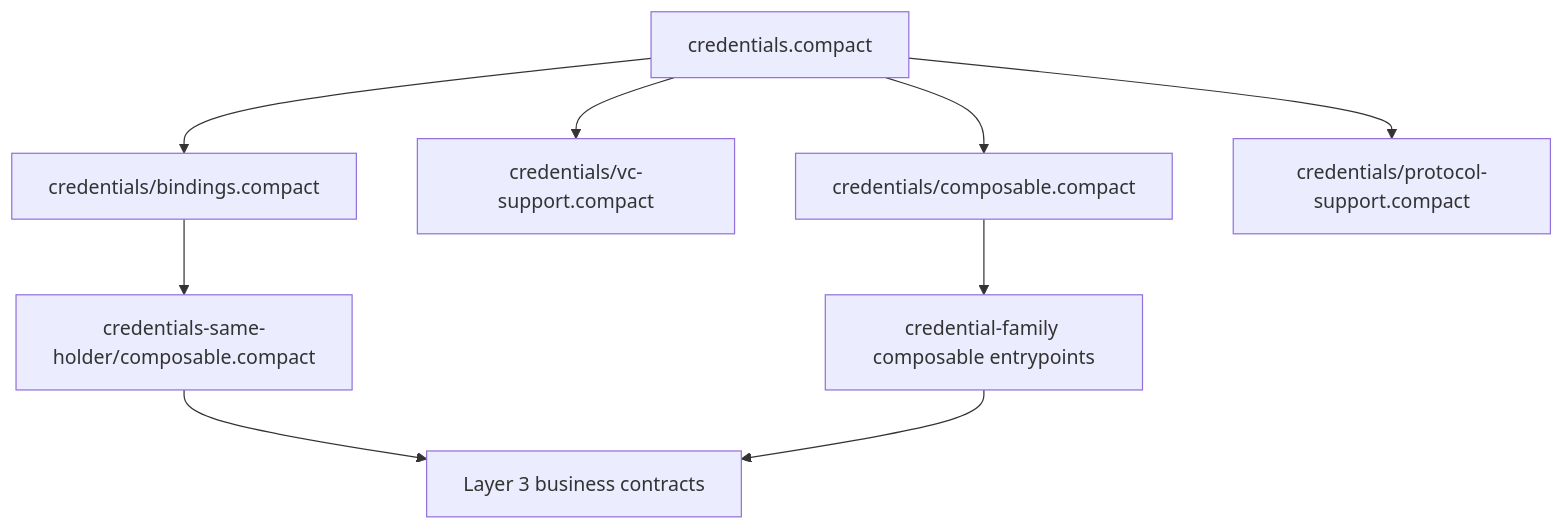
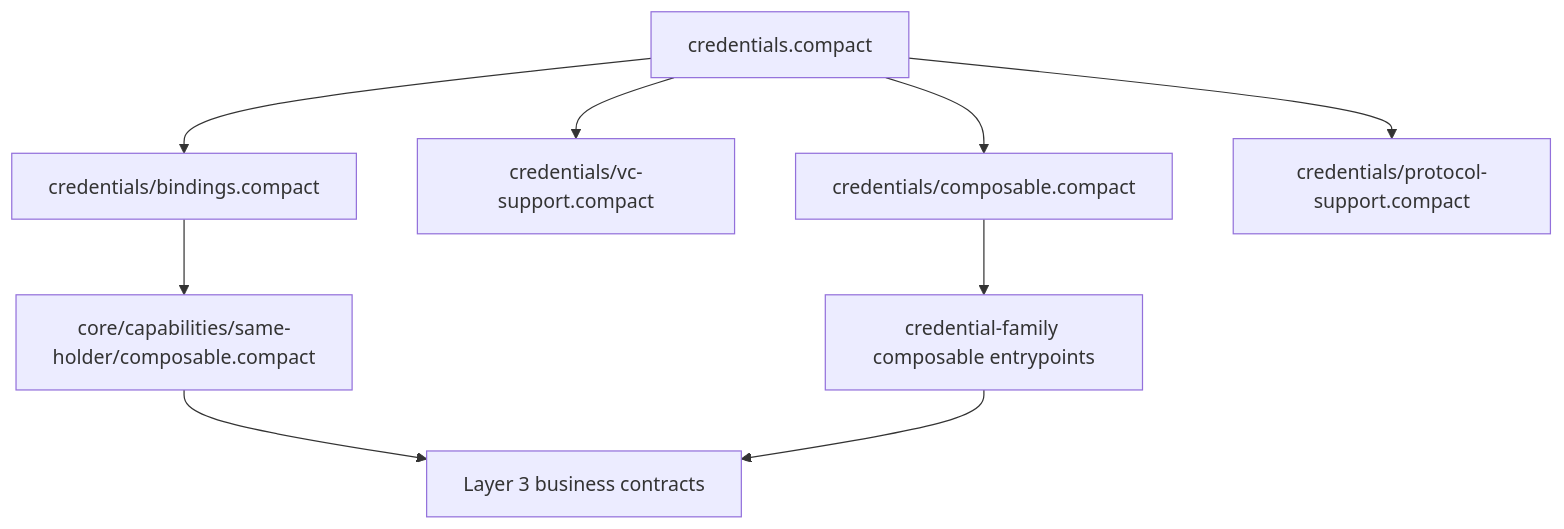
Before and after one commit to midnightntwrk/midnight-verifiable-credentials: the diagram in core/primitives/credentials/README.md, drawn with Mermaid. The commit also changed other lines of this file and 39 other files, not shown here.

Commit message:
refactor(core): relocate same-holder and iso registry

````diff
--- a/core/primitives/credentials/README.md
+++ b/core/primitives/credentials/README.md
@@ -112,11 +112,11 @@
 ```mermaid
 graph TD
   C["credentials.compact"] --> CC["credentials/composable.compact"]
   C --> V["credentials/vc-support.compact"]
   C --> B["credentials/bindings.compact"]
   C --> P["credentials/protocol-support.compact"]
-  B --> SH["credentials-same-holder/composable.compact"]
+  B --> SH["core/capabilities/same-holder/composable.compact"]
   CC --> F["credential-family composable entrypoints"]
   SH --> L3["Layer 3 business contracts"]
   F --> L3
 ```
````
